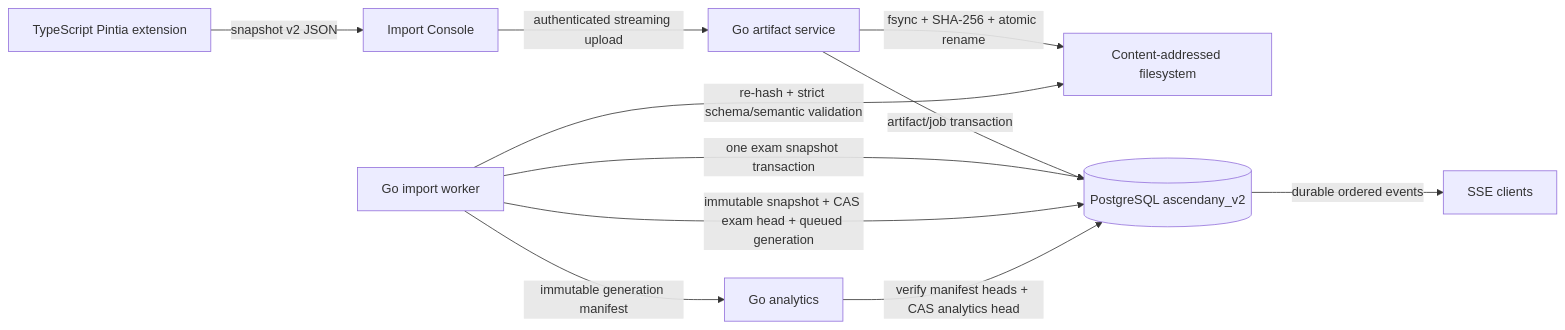
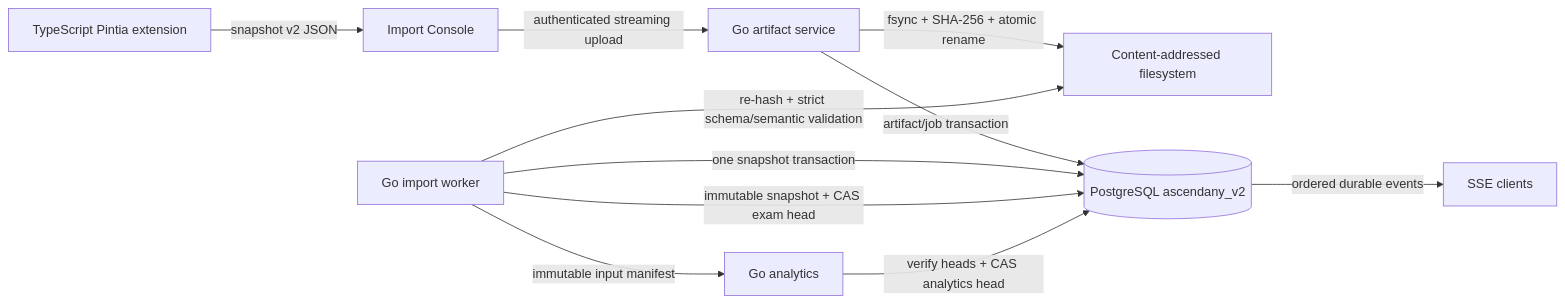
One commit to kkkzbh/AscendAny changed the diagram in doc/重写v2架构与验收.md. Above: the diagram before and after it, drawn with Mermaid. The commit also changed other lines of this file and 286 other files, not shown here.

````diff
--- a/doc/重写v2架构与验收.md
+++ b/doc/重写v2架构与验收.md
@@ -33,13 +35,13 @@
 ```mermaid
 flowchart LR
   P["TypeScript Pintia extension"] -->|"snapshot v2 JSON"| C["Import Console"]
   C -->|"authenticated streaming upload"| A["Go artifact service"]
   A -->|"fsync + SHA-256 + atomic rename"| F["Content-addressed filesystem"]
   A -->|"artifact/job transaction"| D[("PostgreSQL ascendany_v2")]
   W["Go import worker"] -->|"re-hash + strict schema/semantic validation"| F
-  W -->|"one exam snapshot transaction"| D
-  W -->|"immutable snapshot + CAS exam head + queued generation"| D
-  W -->|"immutable generation manifest"| G["Go analytics"]
-  G -->|"verify manifest heads + CAS analytics head"| D
-  D -->|"durable ordered events"| S["SSE clients"]
+  W -->|"one snapshot transaction"| D
+  W -->|"immutable snapshot + CAS exam head"| D
+  W -->|"immutable input manifest"| G["Go analytics"]
+  G -->|"verify heads + CAS analytics head"| D
+  D -->|"ordered durable events"| S["SSE clients"]
 ```
````
